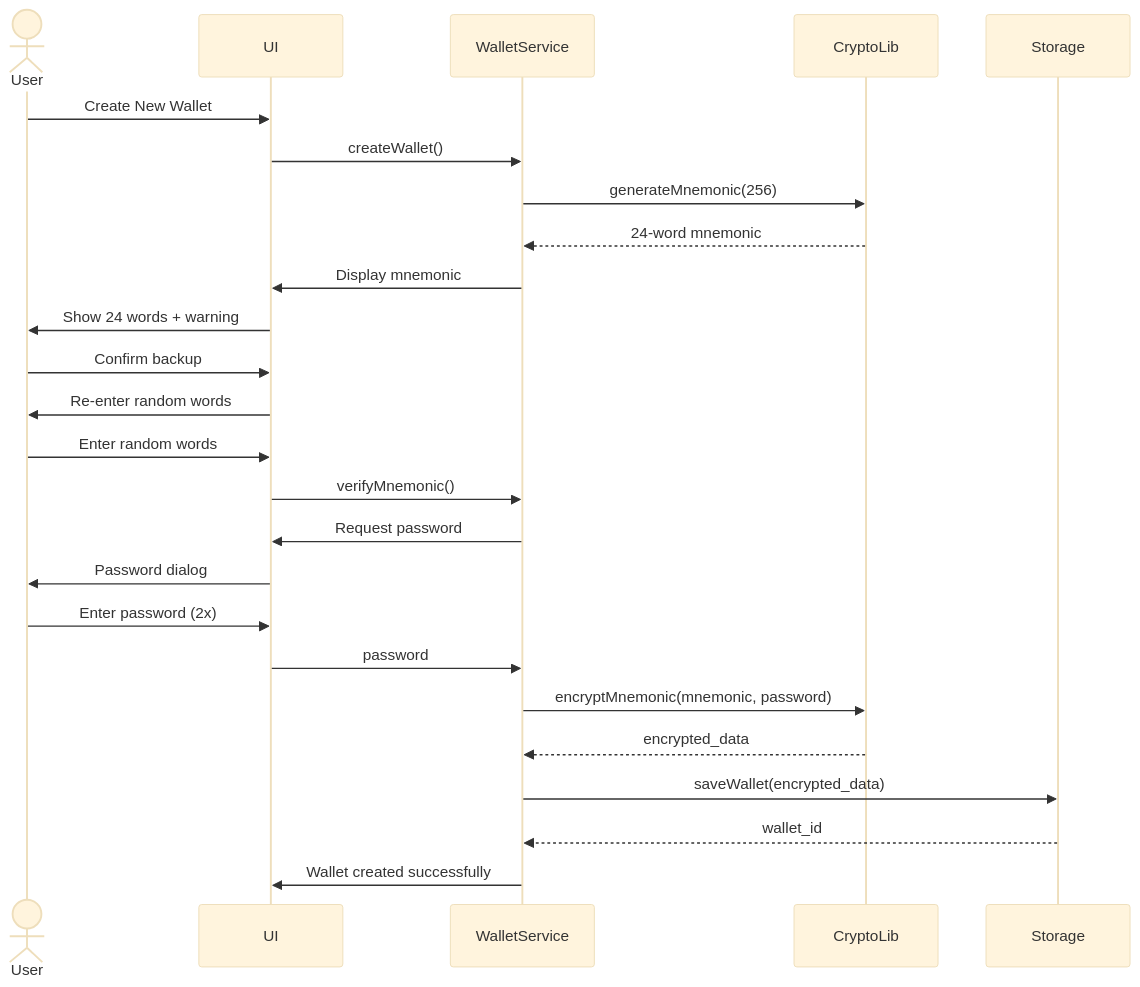
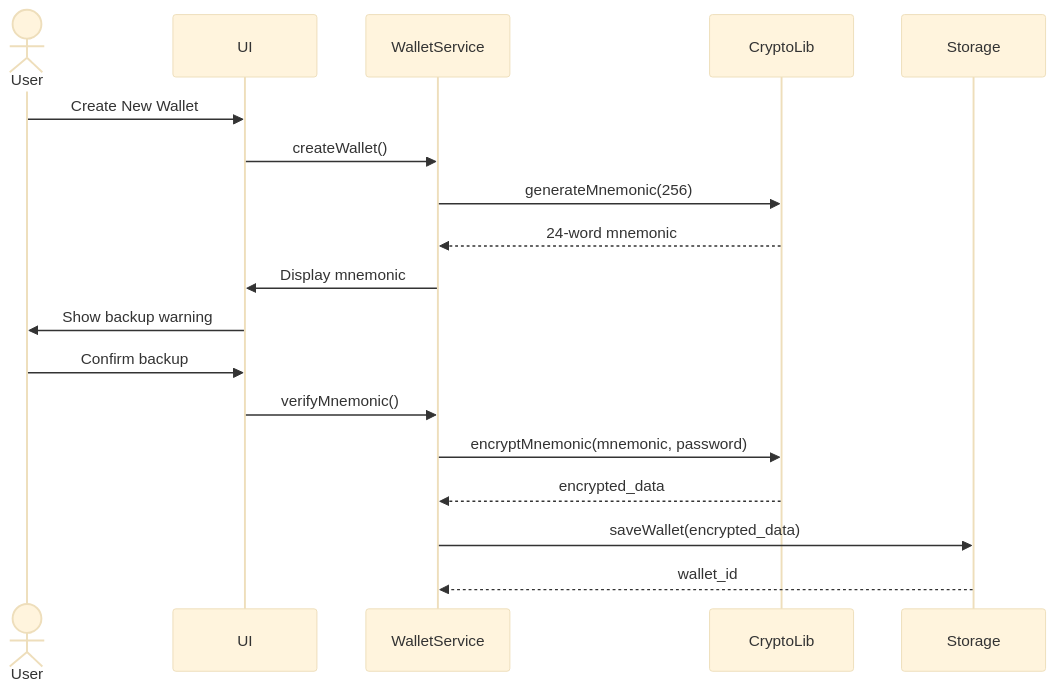
The third of 4 diagrams in .claude/agents/system-design-agent.md (erickherrera/CriptoGualet), drawn with Mermaid (base theme) before and after one commit. The commit also changed other lines of this file and 14 other files, not shown here.

````diff
--- a/.claude/agents/system-design-agent.md
+++ b/.claude/agents/system-design-agent.md
@@ -661,28 +152,21 @@
 ```mermaid
 sequenceDiagram
     actor User
     participant UI
     participant WalletService
     participant CryptoLib
     participant Storage
     
     User->>UI: Create New Wallet
     UI->>WalletService: createWallet()
     WalletService->>CryptoLib: generateMnemonic(256)
     CryptoLib-->>WalletService: 24-word mnemonic
     WalletService->>UI: Display mnemonic
-    UI->>User: Show 24 words + warning
+    UI->>User: Show backup warning
     User->>UI: Confirm backup
-    UI->>User: Re-enter random words
-    User->>UI: Enter random words
     UI->>WalletService: verifyMnemonic()
-    WalletService->>UI: Request password
-    UI->>User: Password dialog
-    User->>UI: Enter password (2x)
-    UI->>WalletService: password
     WalletService->>CryptoLib: encryptMnemonic(mnemonic, password)
     CryptoLib-->>WalletService: encrypted_data
     WalletService->>Storage: saveWallet(encrypted_data)
     Storage-->>WalletService: wallet_id
-    WalletService->>UI: Wallet created successfully
 ```
````
